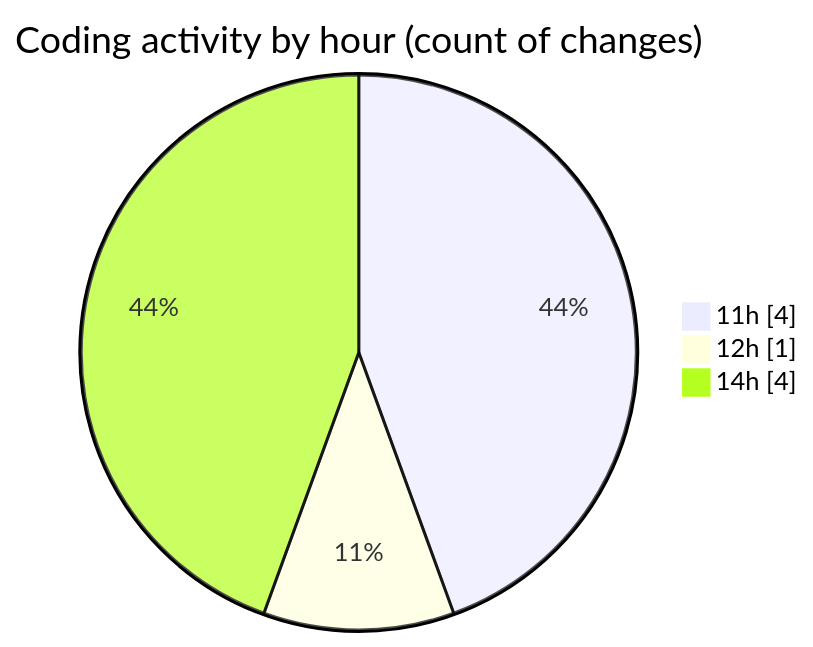
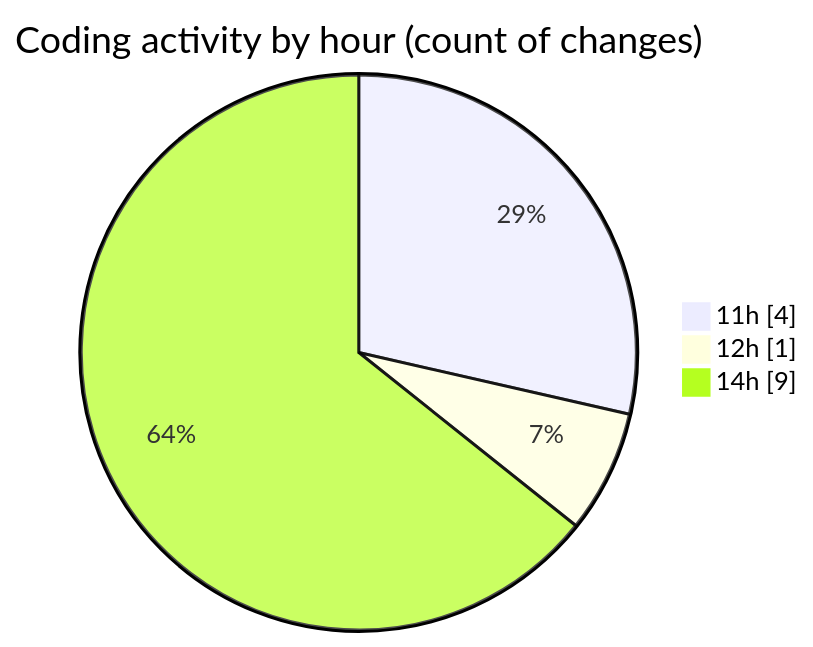
The second of 2 diagrams in 2026-09-10/cilapp/README.md (ricardozamudiocil/code-tracking), drawn with Mermaid before and after one commit. The commit also changed other lines of this file and 1 other file, not shown here.

````diff
--- a/2026-09-10/cilapp/README.md
+++ b/2026-09-10/cilapp/README.md
@@ -31,7 +33,7 @@
 ```mermaid
 pie showData
 title Coding activity by hour (count of changes)
 "11h" : 4
 "12h" : 1
-"14h" : 4
+"14h" : 9
 ```
````
